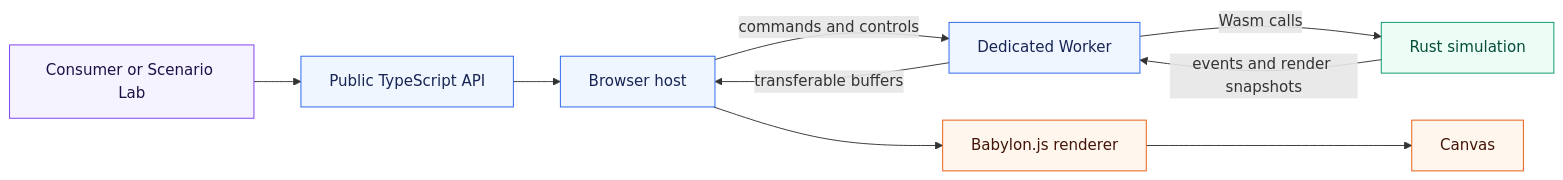
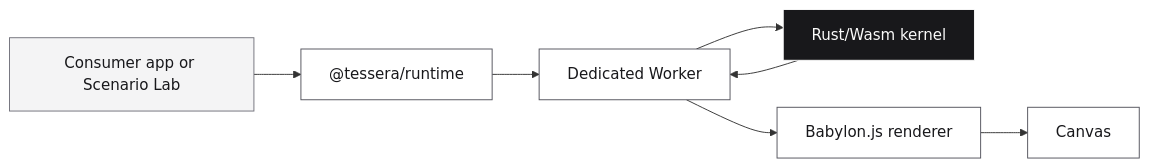
One commit to elviscgn/tessera changed the diagram in README.md. Above: the diagram before and after it, drawn with Mermaid. The commit also changed other lines of this file and 6 other files, not shown here.

````diff
--- a/README.md
+++ b/README.md
@@ -19,20 +39,16 @@
 ```mermaid
 flowchart LR
-  consumer["Consumer or Scenario Lab"] --> api["Public TypeScript API"]
-  api --> host["Browser host"]
-  host -->|commands and controls| worker["Dedicated Worker"]
-  worker -->|Wasm calls| core["Rust simulation"]
-  core -->|events and render snapshots| worker
-  worker -->|transferable buffers| host
-  host --> renderer["Babylon.js renderer"]
+  app["Consumer app or Scenario Lab"] --> api["@tessera/runtime"]
+  api --> worker["Dedicated Worker"]
+  worker --> wasm["Rust/Wasm kernel"]
+  wasm --> worker
+  worker --> renderer["Babylon.js renderer"]
   renderer --> canvas["Canvas"]
 
-  classDef source fill:#f5f3ff,stroke:#7c3aed,color:#1f1147
-  classDef browser fill:#eff6ff,stroke:#2563eb,color:#172554
-  classDef authority fill:#ecfdf5,stroke:#059669,color:#064e3b
-  classDef output fill:#fff7ed,stroke:#ea580c,color:#431407
-  class consumer source
-  class api,host,worker browser
-  class core authority
-  class renderer,canvas output
+  classDef app fill:#f4f4f5,stroke:#71717a,color:#18181b
+  classDef browser fill:#ffffff,stroke:#52525b,color:#18181b
+  classDef rust fill:#18181b,stroke:#fafafa,color:#fafafa
+  class app app
+  class api,worker,renderer,canvas browser
+  class wasm rust
 ```
````
